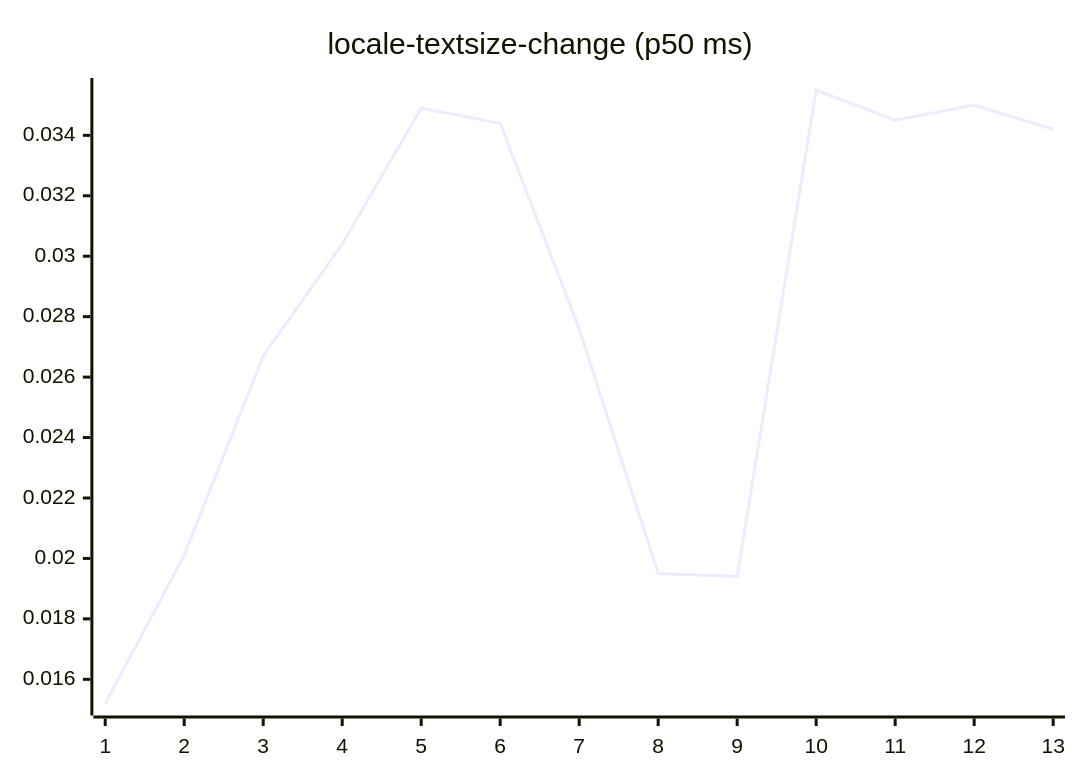
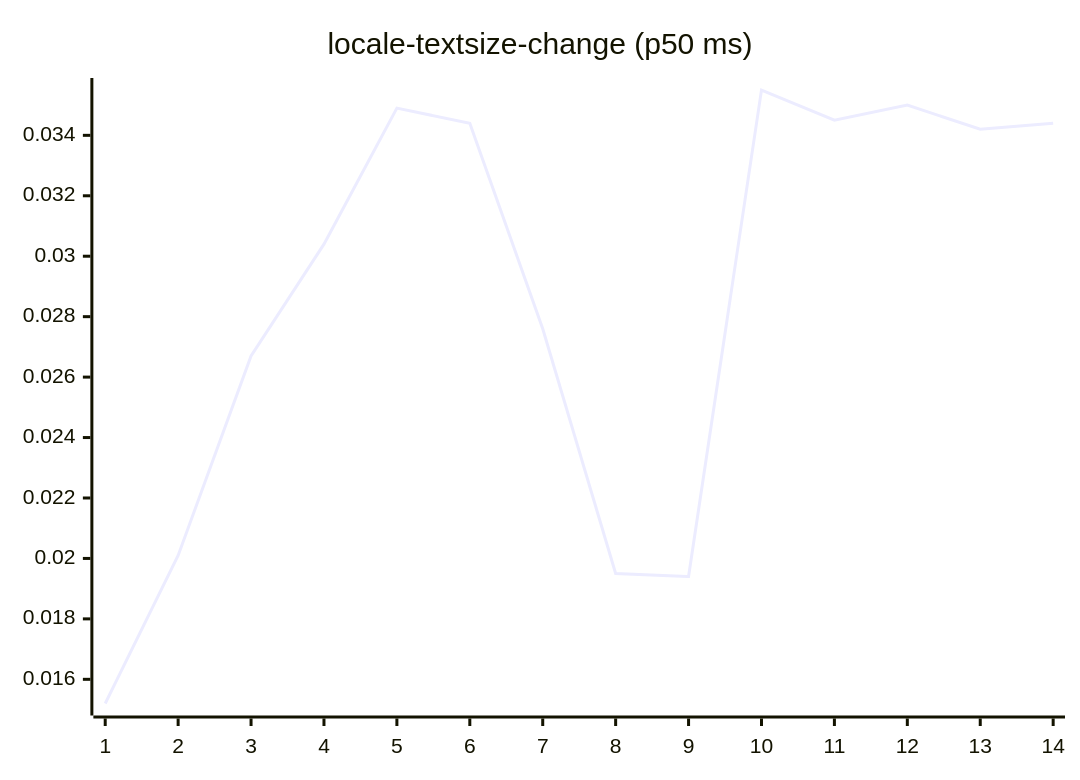
Diagram 13 of 27 in README.md (josha/Facet), drawn with Mermaid before and after one commit. The commit also changed other lines of this file and 2 other files, not shown here.

````diff
--- a/README.md
+++ b/README.md
@@ -147,6 +147,6 @@
 ```mermaid
 xychart-beta
     title "locale-textsize-change (p50 ms)"
-    x-axis 1 --> 13
-    line [0.0152, 0.0201, 0.0267, 0.0304, 0.0349, 0.0344, 0.0276, 0.0195, 0.0194, 0.0355, 0.0345, 0.0350, 0.0342]
+    x-axis 1 --> 14
+    line [0.0152, 0.0201, 0.0267, 0.0304, 0.0349, 0.0344, 0.0276, 0.0195, 0.0194, 0.0355, 0.0345, 0.0350, 0.0342, 0.0344]
 ```
````
